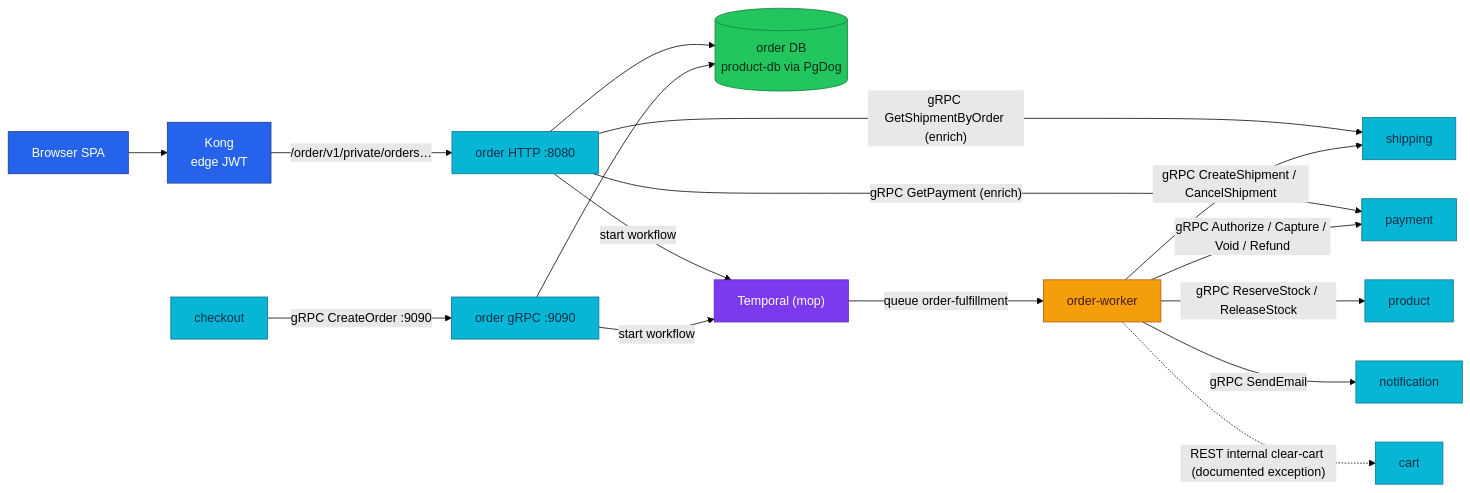
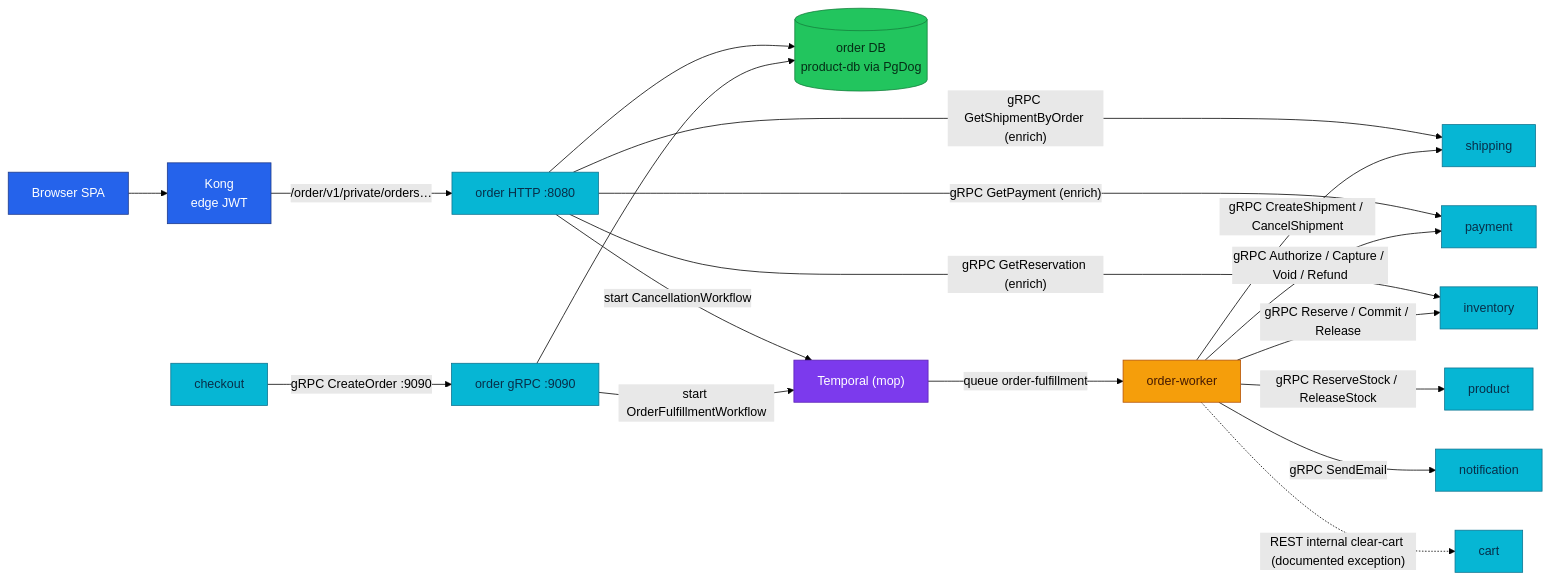
One commit to duynhlab/homelab changed the first of 2 diagrams in docs/api/order.md. Above: the diagram before and after it, drawn with Mermaid (forest theme). The commit also changed other lines of this file and 11 other files, not shown here.

````diff
--- a/docs/api/order.md
+++ b/docs/api/order.md
@@ -66,29 +65,31 @@
 ```mermaid
 flowchart LR
     SPA["Browser SPA"] --> Kong["Kong<br/>edge JWT"]
     Kong -->|"/order/v1/private/orders…"| Order["order HTTP :8080"]
     CK["checkout"] -->|"gRPC CreateOrder :9090"| OrderG["order gRPC :9090"]
     Order --> DB[("order DB<br/>product-db via PgDog")]
     OrderG --> DB
     Order -->|"gRPC GetShipmentByOrder (enrich)"| SHIP[shipping]
     Order -->|"gRPC GetPayment (enrich)"| PAY[payment]
-    Order -->|"start workflow"| TMP["Temporal (mop)"]
-    OrderG -->|"start workflow"| TMP
+    Order -->|"gRPC GetReservation (enrich)"| INV
+    Order -->|"start CancellationWorkflow"| TMP["Temporal (mop)"]
+    OrderG -->|"start OrderFulfillmentWorkflow"| TMP
     TMP -->|"queue order-fulfillment"| W["order-worker"]
     W -->|"gRPC ReserveStock / ReleaseStock"| PROD[product]
+    W -->|"gRPC Reserve / Commit / Release"| INV[inventory]
     W -->|"gRPC CreateShipment / CancelShipment"| SHIP
     W -->|"gRPC Authorize / Capture / Void / Refund"| PAY
     W -->|"gRPC SendEmail"| NOTIF[notification]
     W -.->|"REST internal clear-cart (documented exception)"| CART[cart]
 
     classDef edge fill:#2563eb,color:#fff,stroke:#1e3a8a;
     classDef service fill:#06b6d4,color:#082f49,stroke:#0e7490;
     classDef worker fill:#f59e0b,color:#451a03,stroke:#b45309;
     classDef platform fill:#7c3aed,color:#fff,stroke:#5b21b6;
     classDef data fill:#22c55e,color:#052e16,stroke:#15803d;
     class SPA,Kong edge;
-    class Order,OrderG,CK,PROD,SHIP,PAY,NOTIF,CART service;
+    class Order,OrderG,CK,PROD,INV,SHIP,PAY,NOTIF,CART service;
     class W worker;
     class TMP platform;
     class DB data;
 ```
````
